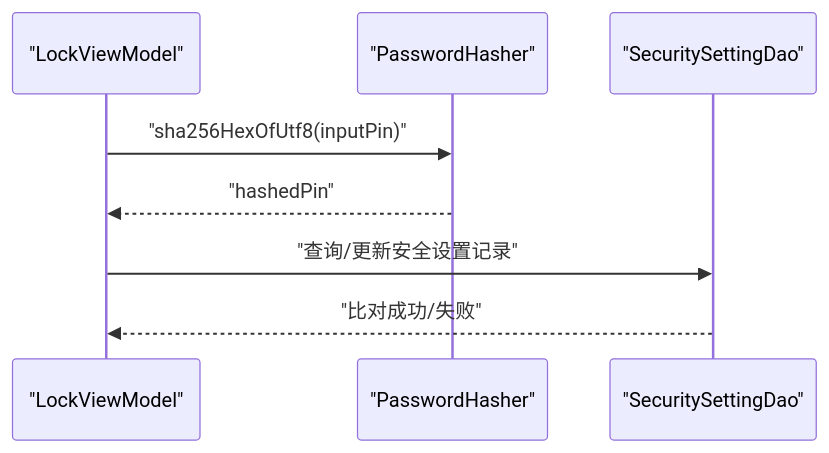
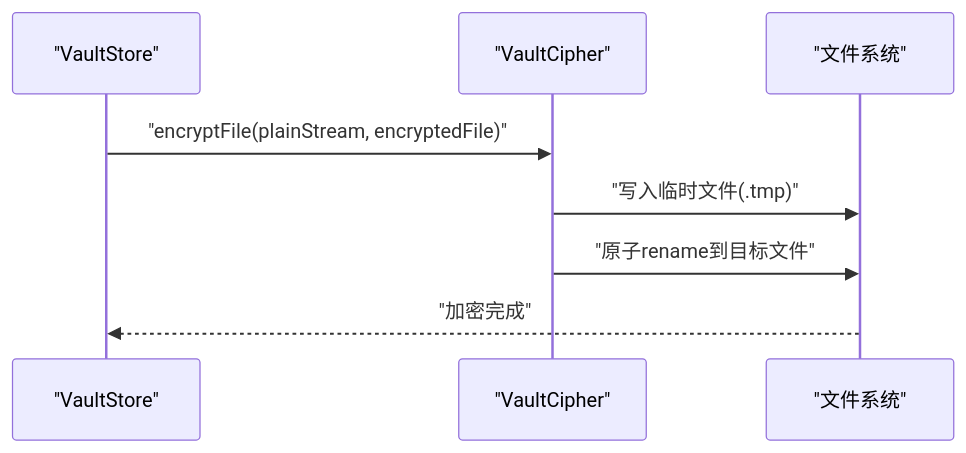
One commit to wanhongbo/ai-photo-vault changed the fourth of 5 diagrams in .qoder/repowiki/zh/content/核心功能模块/加密存储系统/AES-CBC加密引擎.md. Above: the diagram before and after it, drawn with Mermaid. The commit also changed other lines of this file and 22 other files, not shown here.

````diff
--- a/.qoder/repowiki/zh/content/核心功能模块/加密存储系统/AES-CBC加密引擎.md
+++ b/.qoder/repowiki/zh/content/核心功能模块/加密存储系统/AES-CBC加密引擎.md
@@ -214,10 +204,10 @@
 ```mermaid
 sequenceDiagram
-participant VM as "LockViewModel"
-participant PH as "PasswordHasher"
-participant DB as "SecuritySettingDao"
-VM->>PH : "sha256HexOfUtf8(inputPin)"
-PH-->>VM : "hashedPin"
-VM->>DB : "查询/更新安全设置记录"
-DB-->>VM : "比对成功/失败"
+participant VS as "VaultStore"
+participant VC as "VaultCipher"
+participant FS as "文件系统"
+VS->>VC : "encryptFile(plainStream, encryptedFile)"
+VC->>FS : "写入临时文件(.tmp)"
+VC->>FS : "原子rename到目标文件"
+FS-->>VS : "加密完成"
 ```
````
